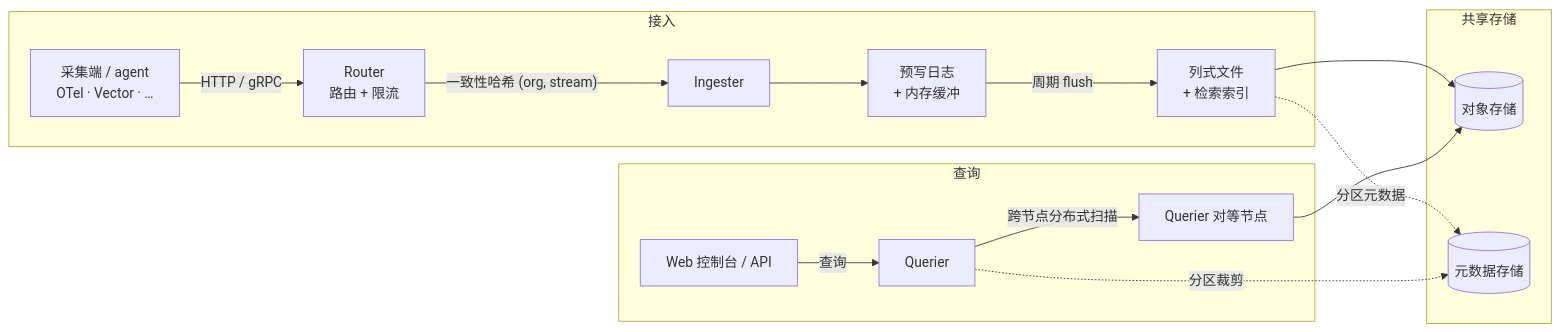
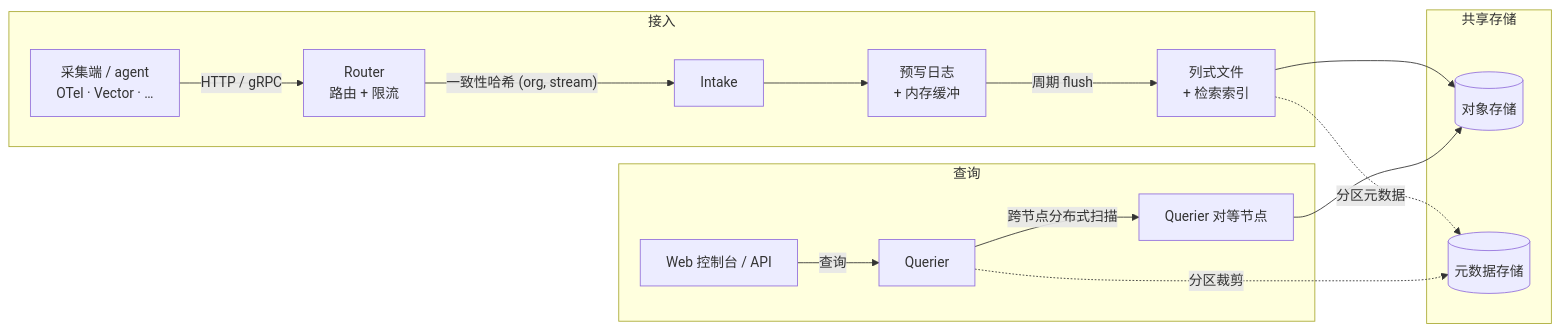
The diagram in zh-Hans/deployment.mdx (molesignal/docs), drawn with Mermaid before and after one commit. The commit also changed other lines of this file and 102 other files, not shown here.

````diff
--- a/zh-Hans/deployment.mdx
+++ b/zh-Hans/deployment.mdx
@@ -11,24 +11,24 @@
 ```mermaid
 flowchart LR
-  subgraph ingest [接入]
+  subgraph intake [接入]
     A["采集端 / agent<br/>OTel · Vector · …"] -->|HTTP / gRPC| R["Router<br/>路由 + 限流"]
-    R -->|"一致性哈希 (org, stream)"| ING["Ingester"]
+    R -->|"一致性哈希 (org, stream)"| ING["Intake"]
     ING --> WB["预写日志<br/>+ 内存缓冲"]
     WB -->|周期 flush| CF["列式文件<br/>+ 检索索引"]
   end
 
   subgraph storage [共享存储]
     OS[("对象存储")]
     MS[("元数据存储")]
   end
 
   subgraph query [查询]
     UI["Web 控制台 / API"] -->|查询| Q["Querier"]
     Q -->|跨节点分布式扫描| QP["Querier 对等节点"]
   end
 
   CF --> OS
   CF -. 分区元数据 .-> MS
   QP --> OS
   Q -. 分区裁剪 .-> MS
 ```
````
